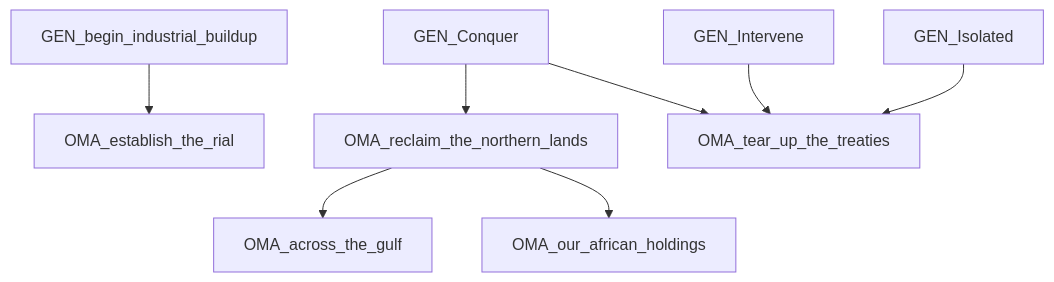
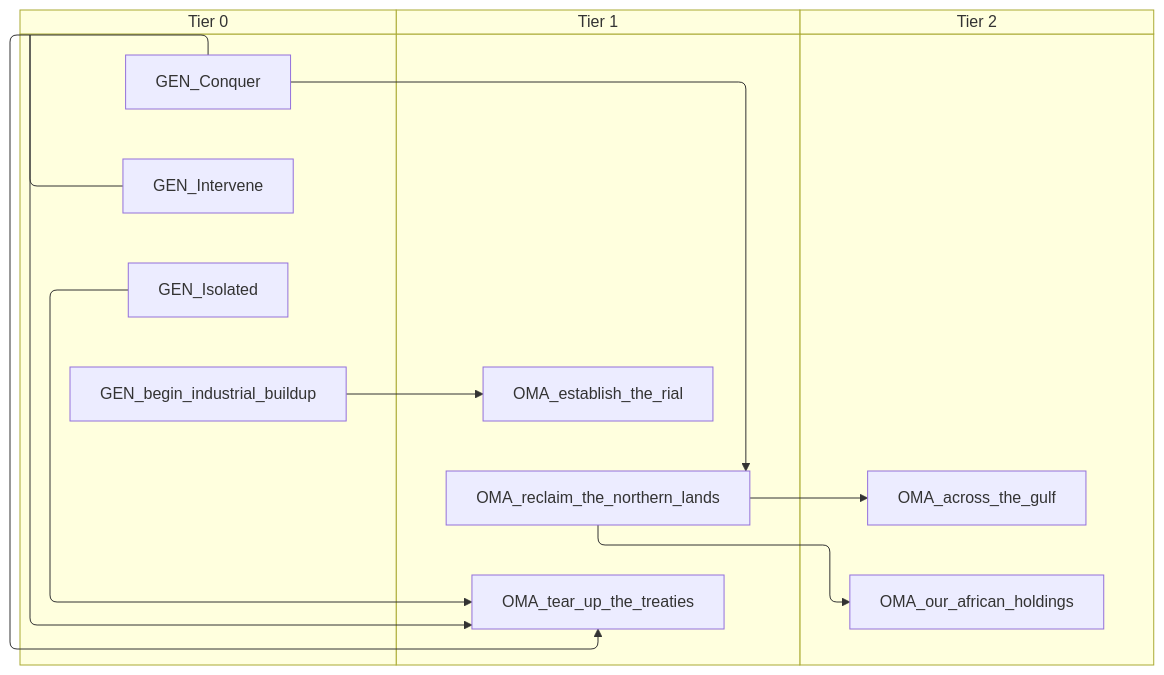
One commit to evgeny-sobol/hoi4-sandbox-mode-r56 changed the diagram in docs/gdd/National Focuses/r56/oman.md. Above: the diagram before and after it, drawn with Mermaid. The commit also changed 423 other files, not shown here.

First line of the commit message:
Re-export Rt56 focus trees as swimlane diagrams

````diff
--- a/docs/gdd/National Focuses/r56/oman.md
+++ b/docs/gdd/National Focuses/r56/oman.md
@@ -3,19 +3,25 @@
 ```mermaid
-flowchart TD
-    n1["GEN_Conquer"]
-    n2["GEN_Intervene"]
-    n3["GEN_Isolated"]
-    n4["GEN_begin_industrial_buildup"]
-    n5["OMA_across_the_gulf"]
-    n6["OMA_establish_the_rial"]
-    n7["OMA_our_african_holdings"]
-    n8["OMA_reclaim_the_northern_lands"]
-    n9["OMA_tear_up_the_treaties"]
-    n8 --> n5
-    n4 --> n6
-    n8 --> n7
-    n1 --> n8
-    n1 --> n9
-    n2 --> n9
-    n3 --> n9
+swimlane-beta TD
+    subgraph tier_0["Tier 0"]
+        n1["GEN_Conquer"]
+        n2["GEN_Intervene"]
+        n3["GEN_Isolated"]
+        n4["GEN_begin_industrial_buildup"]
+    end
+    subgraph tier_1["Tier 1"]
+        n5["OMA_establish_the_rial"]
+        n6["OMA_reclaim_the_northern_lands"]
+        n7["OMA_tear_up_the_treaties"]
+    end
+    subgraph tier_2["Tier 2"]
+        n8["OMA_across_the_gulf"]
+        n9["OMA_our_african_holdings"]
+    end
+    n6 --> n8
+    n4 --> n5
+    n6 --> n9
+    n1 --> n6
+    n1 --> n7
+    n2 --> n7
+    n3 --> n7
 ```
````
